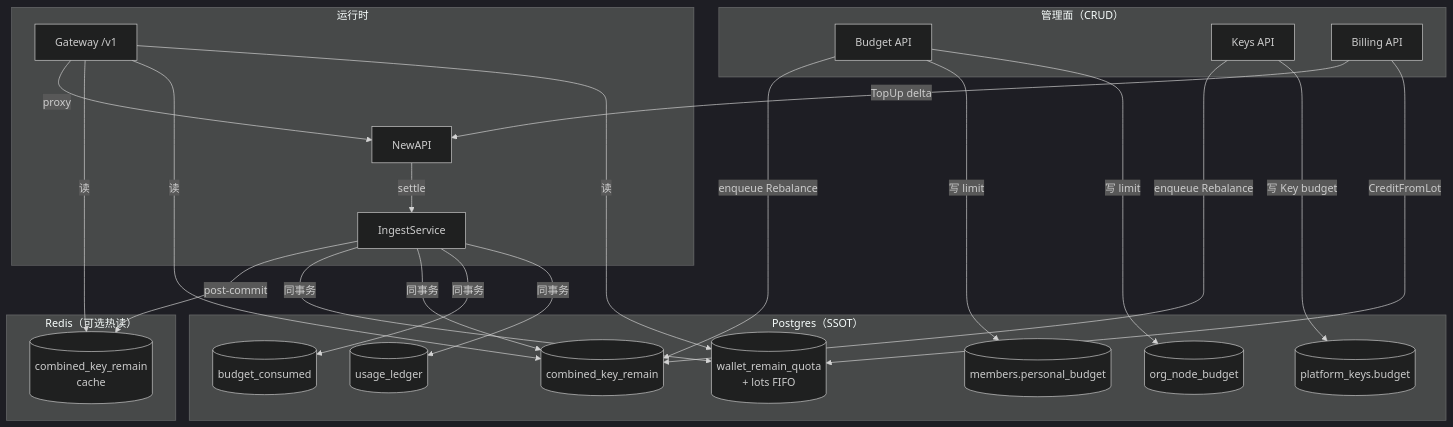
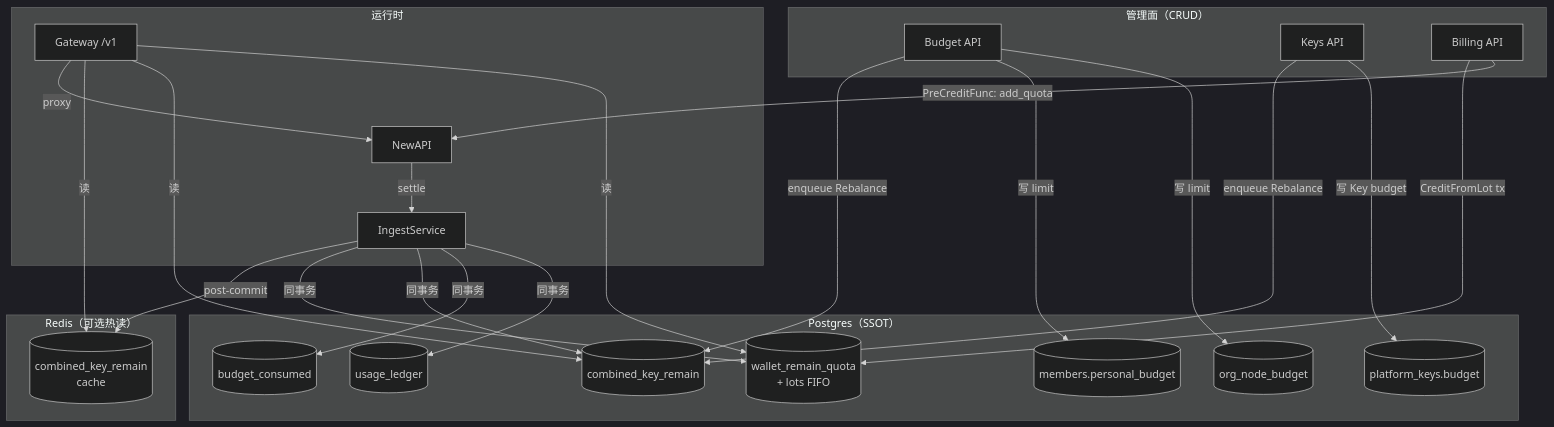
The first of 10 diagrams in docs/reviews/budget-quota-billing-architecture.md (quyip8818/mytokenjoy), drawn with Mermaid (dark theme) before and after one commit. The commit also changed other lines of this file and 7 other files, not shown here.

````diff
--- a/docs/reviews/budget-quota-billing-architecture.md
+++ b/docs/reviews/budget-quota-billing-architecture.md
@@ -68,40 +68,40 @@
 ```mermaid
 flowchart TB
   subgraph admin ["管理面（CRUD）"]
     BA[Budget API]
     KA[Keys API]
     BI[Billing API]
   end
 
   subgraph pg ["Postgres（SSOT）"]
     WAL[(wallet_remain_quota<br/>+ lots FIFO)]
     ONB[(org_node_budget)]
     MEM[(members.personal_budget)]
     PK[(platform_keys.budget)]
     BC[(budget_consumed)]
     CKR[(combined_key_remain)]
     UL[(usage_ledger)]
   end
 
   subgraph cache ["Redis（可选热读）"]
     RC[(combined_key_remain<br/>cache)]
   end
 
   subgraph runtime ["运行时"]
     GW[Gateway /v1]
     NA[NewAPI]
     ING[IngestService]
   end
 
   BA -->|写 limit| ONB & MEM
   KA -->|写 Key budget| PK
   BA & KA -->|enqueue Rebalance| CKR
-  BI -->|CreditFromLot| WAL
-  BI -->|TopUp delta| NA
+  BI -->|PreCreditFunc: add_quota| NA
+  BI -->|CreditFromLot tx| WAL
 
   GW -->|读| WAL & CKR & RC
   GW -->|proxy| NA
   NA -->|settle| ING
   ING -->|同事务| UL & BC & CKR & WAL
   ING -->|post-commit| RC
 ```
````
